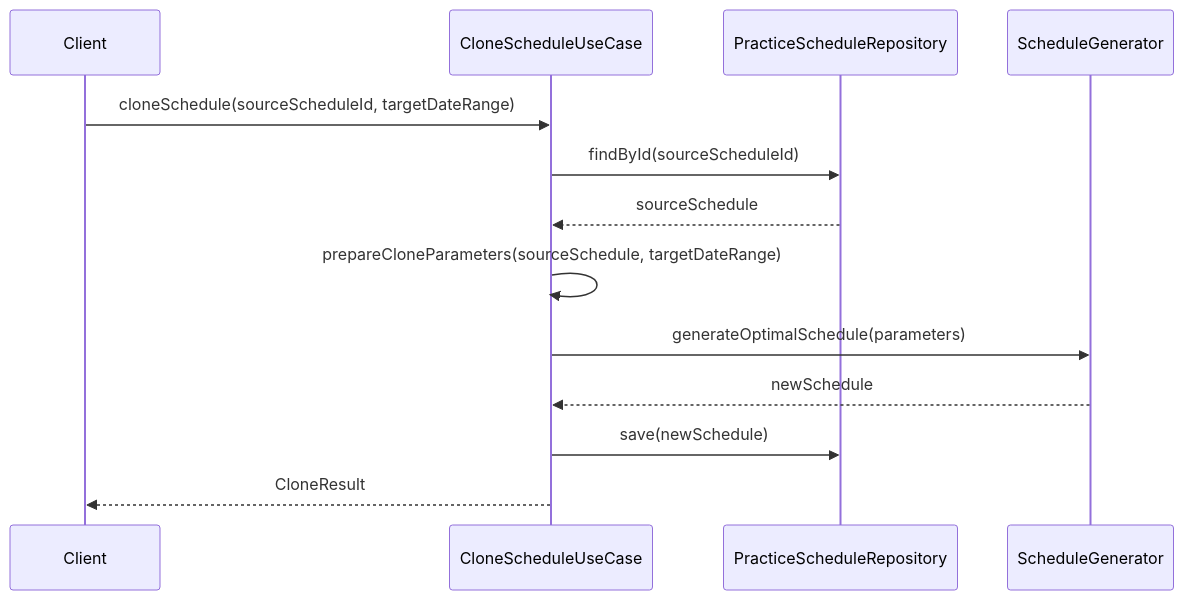
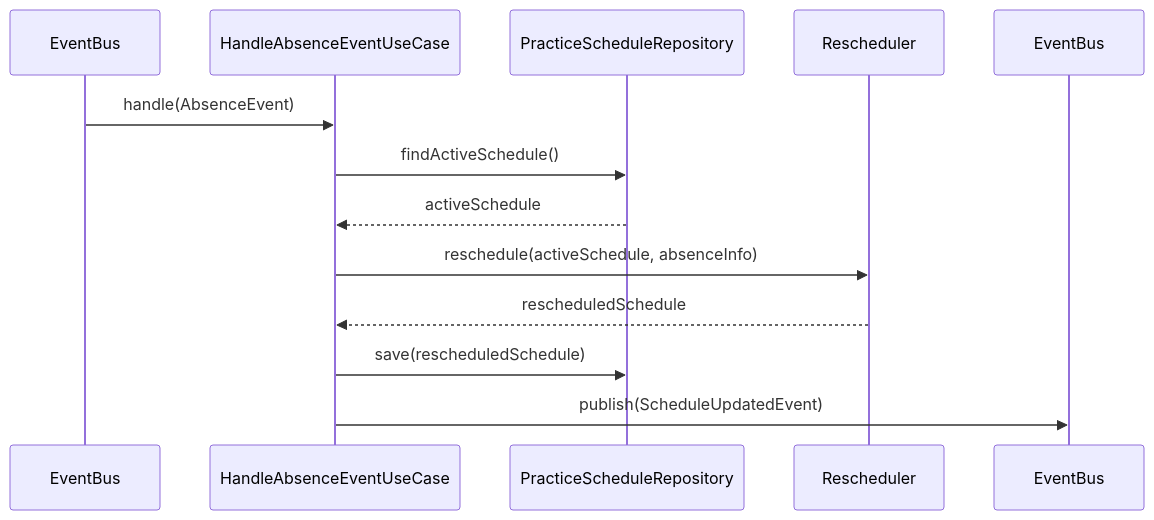
One commit to NowatariSoma/tomosigoto_nou_system changed the sixth of 18 diagrams in 設計書/05_アプリケーション層.md. Above: the diagram before and after it, drawn with Mermaid. The commit also changed other lines of this file and 12 other files, not shown here.

````diff
--- a/設計書/05_アプリケーション層.md
+++ b/設計書/05_アプリケーション層.md
@@ -138,16 +220,16 @@
 ```mermaid
 sequenceDiagram
-    participant Client
-    participant UseCase as CloneScheduleUseCase
+    participant EventBus
+    participant UseCase as HandleAbsenceEventUseCase
     participant Repository as PracticeScheduleRepository
-    participant Generator as ScheduleGenerator
+    participant Rescheduler as Rescheduler
+    participant EventBus2 as EventBus
     
-    Client->>UseCase: cloneSchedule(sourceScheduleId, targetDateRange)
-    UseCase->>Repository: findById(sourceScheduleId)
-    Repository-->>UseCase: sourceSchedule
-    UseCase->>UseCase: prepareCloneParameters(sourceSchedule, targetDateRange)
-    UseCase->>Generator: generateOptimalSchedule(parameters)
-    Generator-->>UseCase: newSchedule
-    UseCase->>Repository: save(newSchedule)
-    UseCase-->>Client: CloneResult
+    EventBus->>UseCase: handle(AbsenceEvent)
+    UseCase->>Repository: findActiveSchedule()
+    Repository-->>UseCase: activeSchedule
+    UseCase->>Rescheduler: reschedule(activeSchedule, absenceInfo)
+    Rescheduler-->>UseCase: rescheduledSchedule
+    UseCase->>Repository: save(rescheduledSchedule)
+    UseCase->>EventBus2: publish(ScheduleUpdatedEvent)
 ```
````
